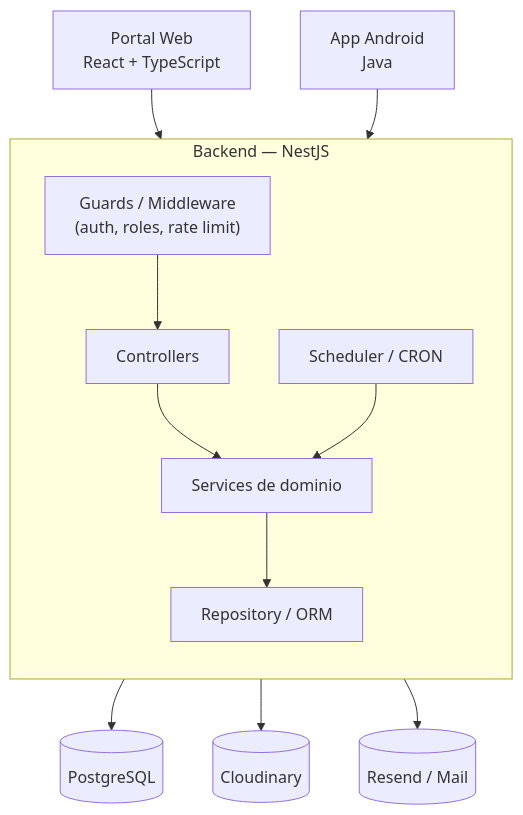
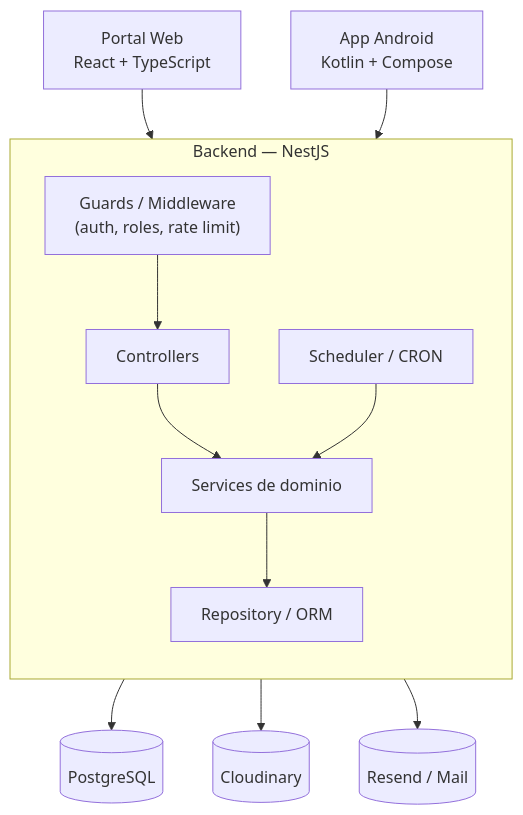
The first of 4 diagrams in diseno-arquitectura/README.md (Solaris-99/pandora-docs), drawn with Mermaid before and after one commit. The commit also changed other lines of this file, not shown here.

Commit message:
feat: mobile app diagram

````diff
--- a/diseno-arquitectura/README.md
+++ b/diseno-arquitectura/README.md
@@ -36,27 +37,27 @@
 ```mermaid
 flowchart TB
     Web["Portal Web<br/>React + TypeScript"]
-    App["App Android<br/>Java"]
+    App["App Android<br/>Kotlin + Compose"]
 
     subgraph Backend["Backend — NestJS"]
         direction TB
         Guards["Guards / Middleware<br/>(auth, roles, rate limit)"]
         Controllers["Controllers"]
         Services["Services de dominio"]
         Repos["Repository / ORM"]
         Scheduler["Scheduler / CRON"]
 
         Guards --> Controllers --> Services --> Repos
         Scheduler --> Services
     end
 
     DB[("PostgreSQL")]
     Cloudinary[("Cloudinary")]
     Mail[("Resend / Mail")]
 
     Web --> Guards
     App --> Guards
     Repos --> DB
     Services --> Cloudinary
     Services --> Mail
 ```
````
